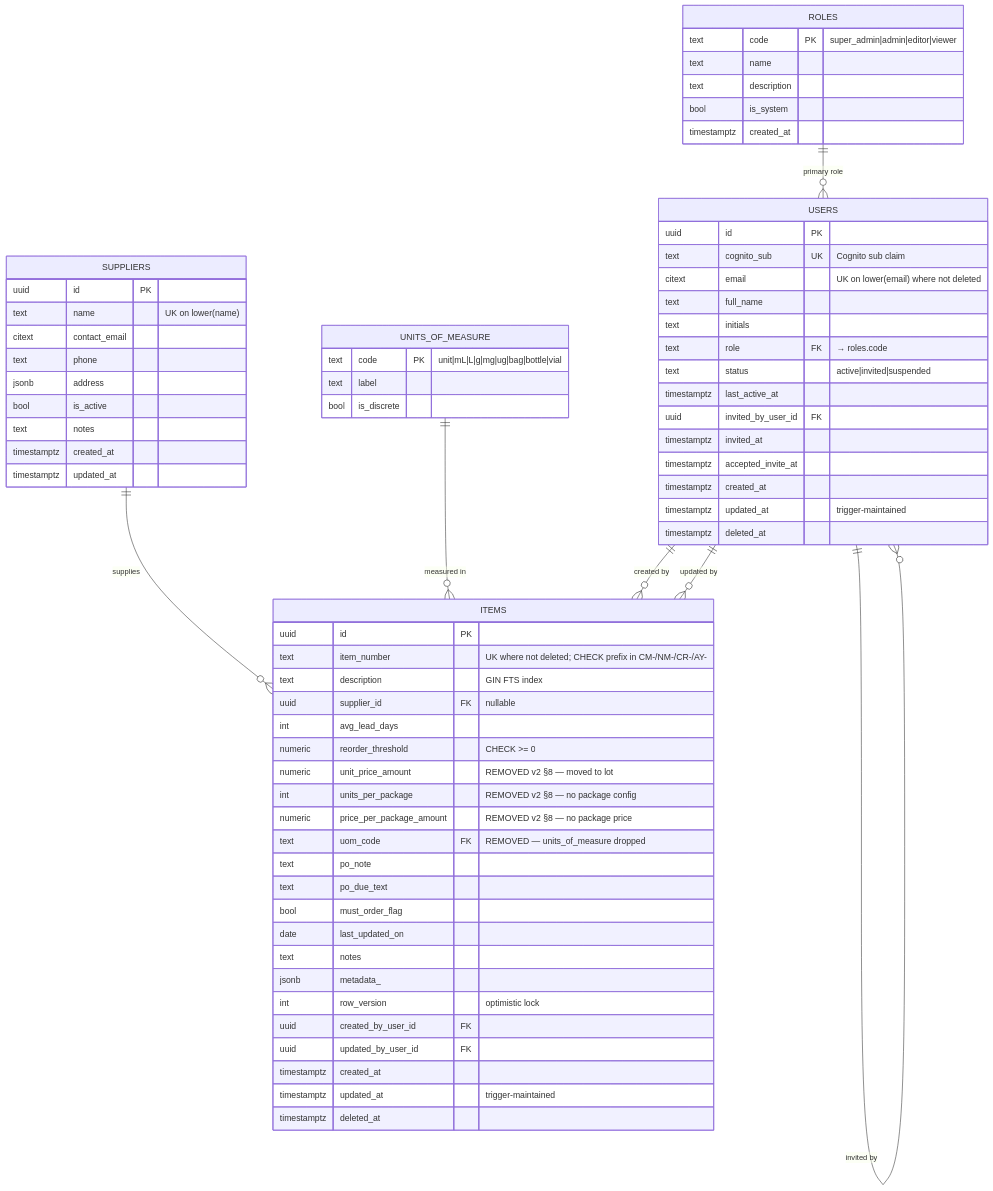
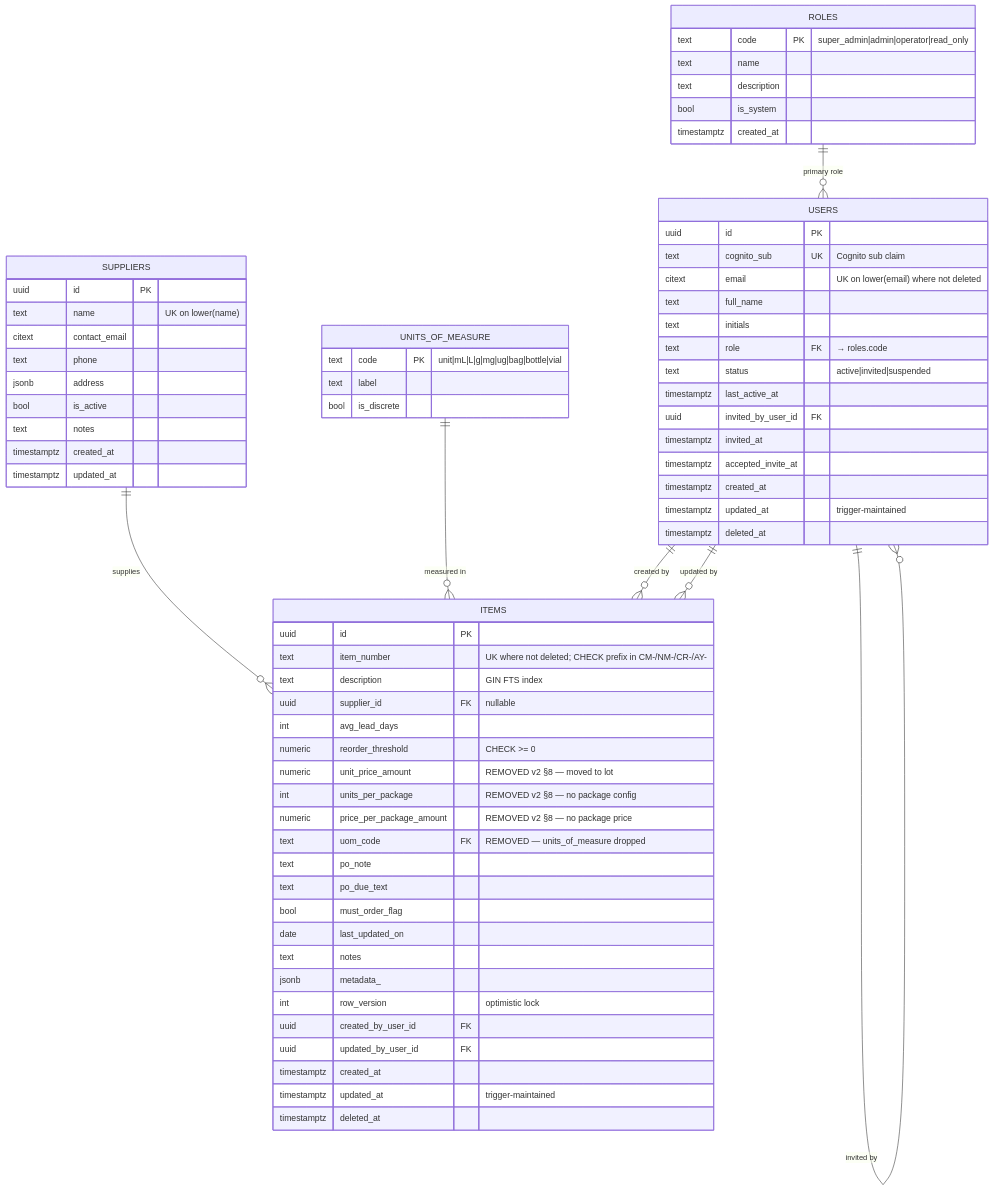
One commit to tucker-hub728/InventoryTracking changed the first of 2 diagrams in docs/backend-data-structure-v1-mvp.md. Above: the diagram before and after it, drawn with Mermaid. The commit also changed other lines of this file and 34 other files, not shown here.

````diff
--- a/docs/backend-data-structure-v1-mvp.md
+++ b/docs/backend-data-structure-v1-mvp.md
@@ -123,78 +125,78 @@
 ```mermaid
 erDiagram
     ROLES ||--o{ USERS : "primary role"
     USERS ||--o{ USERS : "invited by"
     SUPPLIERS ||--o{ ITEMS : "supplies"
     UNITS_OF_MEASURE ||--o{ ITEMS : "measured in"
     USERS ||--o{ ITEMS : "created by"
     USERS ||--o{ ITEMS : "updated by"
 
     ROLES {
-        text code PK "super_admin|admin|editor|viewer"
+        text code PK "super_admin|admin|operator|read_only"
         text name
         text description
         bool is_system
         timestamptz created_at
     }
     USERS {
         uuid id PK
         text cognito_sub UK "Cognito sub claim"
         citext email "UK on lower(email) where not deleted"
         text full_name
         text initials
         text role FK "→ roles.code"
         text status "active|invited|suspended"
         timestamptz last_active_at
         uuid invited_by_user_id FK
         timestamptz invited_at
         timestamptz accepted_invite_at
         timestamptz created_at
         timestamptz updated_at "trigger-maintained"
         timestamptz deleted_at
     }
     SUPPLIERS {
         uuid id PK
         text name "UK on lower(name)"
         citext contact_email
         text phone
         jsonb address
         bool is_active
         text notes
         timestamptz created_at
         timestamptz updated_at
     }
     UNITS_OF_MEASURE {
         text code PK "unit|mL|L|g|mg|ug|bag|bottle|vial"
         text label
         bool is_discrete
     }
     %% HISTORICAL v1-MVP SNAPSHOT. The pricing/UOM columns below
     %% (unit_price_amount, units_per_package, price_per_package_amount,
     %% uom_code) were REMOVED per v2 §8 — track unit price only, no
     %% package-configuration price. Unit price now lives on the lot
     %% (migration b7c8d9e0f1a2). Do not carry these forward.
     ITEMS {
         uuid id PK
         text item_number "UK where not deleted; CHECK prefix in CM-/NM-/CR-/AY-"
         text description "GIN FTS index"
         uuid supplier_id FK "nullable"
         int avg_lead_days
         numeric reorder_threshold "CHECK >= 0"
         numeric unit_price_amount "REMOVED v2 §8 — moved to lot"
         int units_per_package "REMOVED v2 §8 — no package config"
         numeric price_per_package_amount "REMOVED v2 §8 — no package price"
         text uom_code FK "REMOVED — units_of_measure dropped"
         text po_note
         text po_due_text
         bool must_order_flag
         date last_updated_on
         text notes
         jsonb metadata_
         int row_version "optimistic lock"
         uuid created_by_user_id FK
         uuid updated_by_user_id FK
         timestamptz created_at
         timestamptz updated_at "trigger-maintained"
         timestamptz deleted_at
     }
 ```
````
